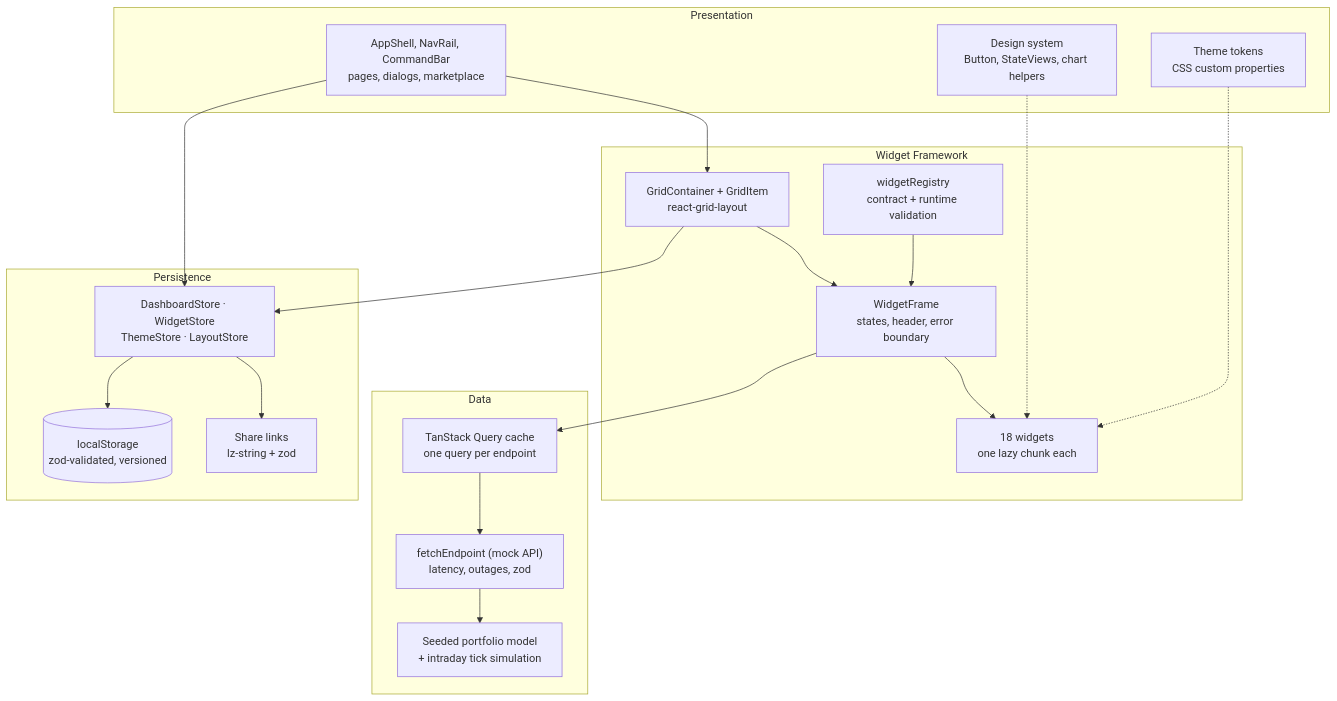
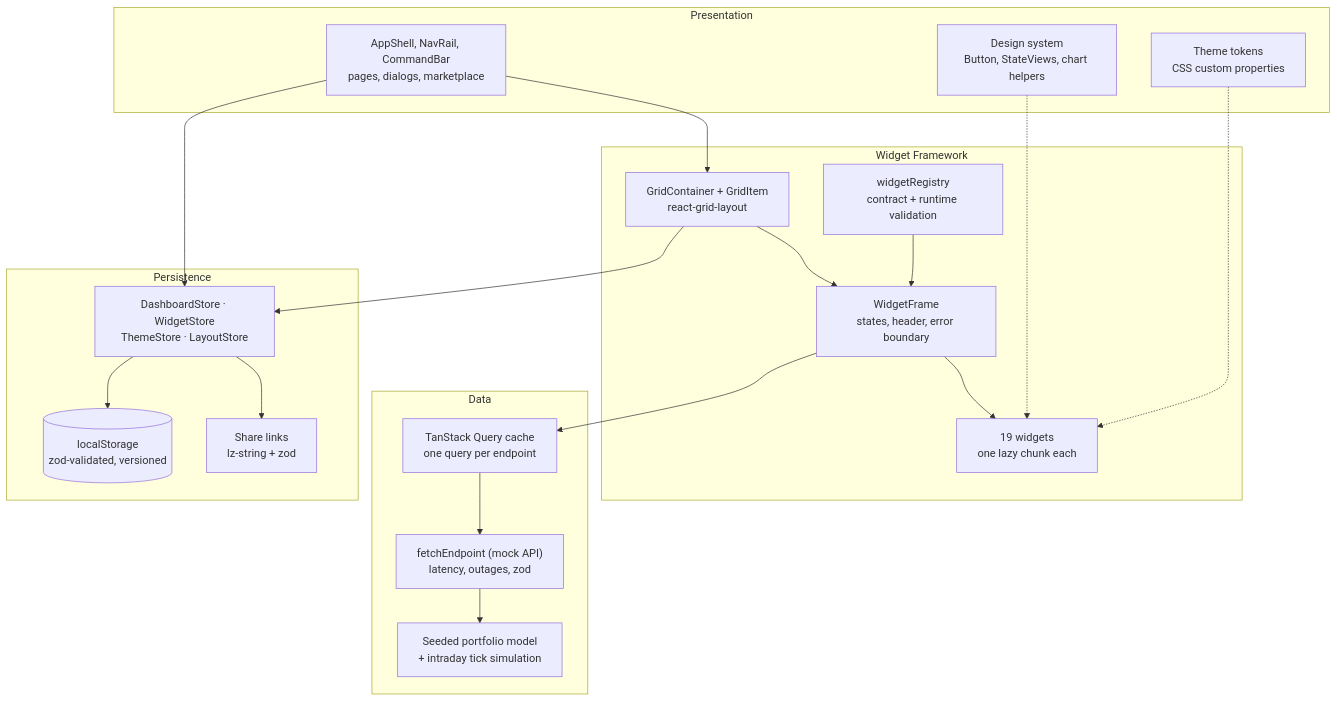
Before and after one commit to vaishnavibhagwat/Project-C: the first of 6 diagrams in docs/ARCHITECTURE.md, drawn with Mermaid. The commit also changed 21 other files, not shown here.

````diff
--- a/docs/ARCHITECTURE.md
+++ b/docs/ARCHITECTURE.md
@@ -18,38 +18,38 @@
 ```mermaid
 flowchart TB
   subgraph P["Presentation"]
     shell["AppShell, NavRail, CommandBar<br/>pages, dialogs, marketplace"]
     ds["Design system<br/>Button, StateViews, chart helpers"]
     theme["Theme tokens<br/>CSS custom properties"]
   end
   subgraph W["Widget Framework"]
     registry["widgetRegistry<br/>contract + runtime validation"]
     grid["GridContainer + GridItem<br/>react-grid-layout"]
     frame["WidgetFrame<br/>states, header, error boundary"]
-    widgets["18 widgets<br/>one lazy chunk each"]
+    widgets["19 widgets<br/>one lazy chunk each"]
   end
   subgraph D["Data"]
     query["TanStack Query cache<br/>one query per endpoint"]
     api["fetchEndpoint (mock API)<br/>latency, outages, zod"]
     sim["Seeded portfolio model<br/>+ intraday tick simulation"]
   end
   subgraph S["Persistence"]
     stores["DashboardStore · WidgetStore<br/>ThemeStore · LayoutStore"]
     ls[("localStorage<br/>zod-validated, versioned")]
     share["Share links<br/>lz-string + zod"]
   end
 
   shell --> grid
   grid --> frame
   registry --> frame
   frame --> widgets
   frame --> query
   query --> api
   api --> sim
   shell --> stores
   grid --> stores
   stores --> ls
   stores --> share
   ds -.-> widgets
   theme -.-> widgets
 ```
````
